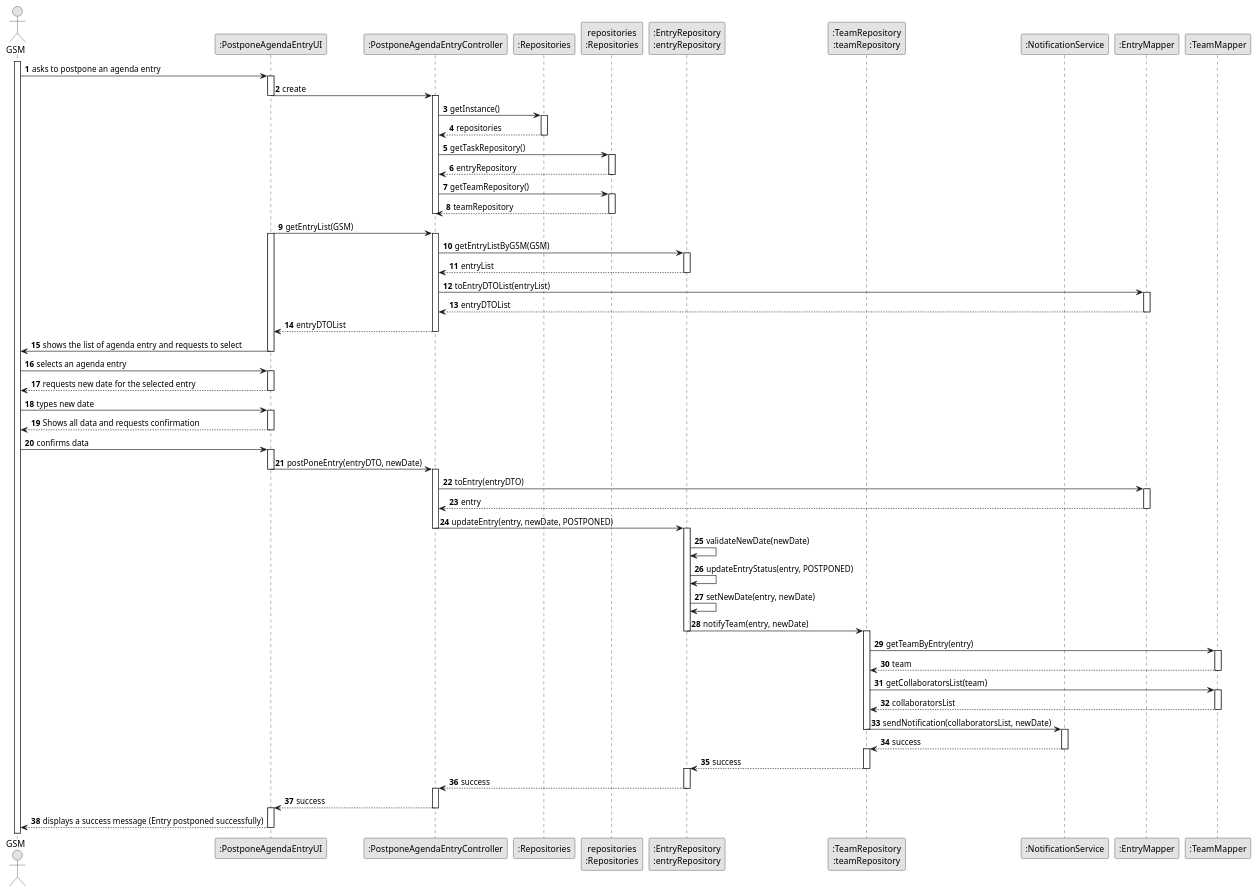
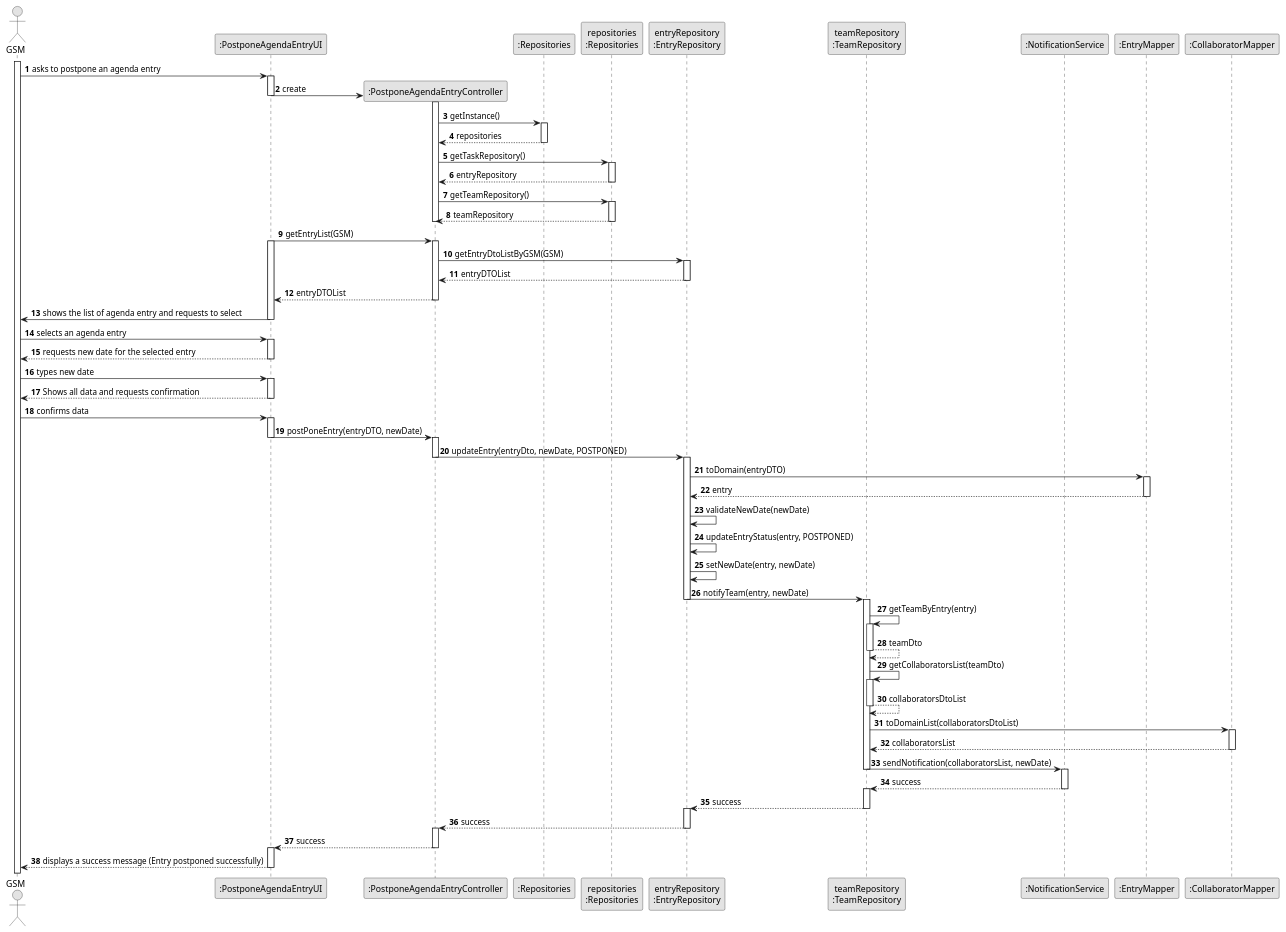
The diagram in docs/sprintC/us024/03.design/puml/us024-sequence-diagram-full.puml (ricardomm7/leaflink), drawn with PlantUML before and after one commit. The commit also changed 7 other files, not shown here.

Commit message:
Start US24 code, Change Entry domain/Dto/Repository ; Add Status and add PostponeUI/Controller

```diff
--- a/docs/sprintC/us024/03.design/puml/us024-sequence-diagram-full.puml
+++ b/docs/sprintC/us024/03.design/puml/us024-sequence-diagram-full.puml
@@ -1,146 +1,148 @@
 @startuml
 skinparam monochrome true
 skinparam packageStyle rectangle
 skinparam shadowing false
 
 autonumber
 
 actor "GSM" as GSM
 participant ":PostponeAgendaEntryUI" as UI
 participant ":PostponeAgendaEntryController" as CTRL
 participant ":Repositories" as RepositorySingleton
 participant "repositories\n:Repositories" as PLAT
-participant ":EntryRepository\n:entryRepository" as EntryRepo
-participant ":TeamRepository\n:teamRepository" as TeamRepo
+participant "entryRepository\n:EntryRepository" as EntryRepo
+participant "teamRepository\n:TeamRepository" as TeamRepo
 participant ":NotificationService" as NotificationService
 participant ":EntryMapper" as EntryMapper
-participant ":TeamMapper" as TeamMapper
+participant ":CollaboratorMapper" as CollaboratorMapper
 
 
 activate GSM
 
     GSM -> UI : asks to postpone an agenda entry
     activate UI
 
-        UI -> CTRL : create
+        UI -> CTRL **: create
         deactivate UI
         activate CTRL
 
             CTRL -> RepositorySingleton : getInstance()
             activate RepositorySingleton
 
                 RepositorySingleton --> CTRL : repositories
             deactivate RepositorySingleton
 
             CTRL -> PLAT : getTaskRepository()
             activate PLAT
 
                 PLAT --> CTRL : entryRepository
             deactivate PLAT
 
             CTRL -> PLAT : getTeamRepository()
             activate PLAT
 
             PLAT --> CTRL : teamRepository
             deactivate PLAT
              deactivate CTRL
 
         deactivate UI
 
         UI -> CTRL: getEntryList(GSM)
         activate UI
         activate CTRL
 
-            CTRL -> EntryRepo: getEntryListByGSM(GSM)
+            CTRL -> EntryRepo: getEntryDtoListByGSM(GSM)
             activate EntryRepo
 
-            EntryRepo --> CTRL: entryList
+
+            EntryRepo --> CTRL : entryDTOList
             deactivate EntryRepo
-
-            CTRL -> EntryMapper : toEntryDTOList(entryList)
-            activate EntryMapper
-
-            EntryMapper --> CTRL : entryDTOList
-            deactivate EntryMapper
 
             CTRL --> UI : entryDTOList
         deactivate CTRL
 
         UI -> GSM : shows the list of agenda entry and requests to select
     deactivate UI
 
     GSM -> UI : selects an agenda entry
     activate UI
 
         UI --> GSM : requests new date for the selected entry
     deactivate UI
 
     GSM -> UI : types new date
     activate UI
 
     UI --> GSM : Shows all data and requests confirmation
     deactivate UI
 
     GSM -> UI: confirms data
     activate UI
 
         UI -> CTRL : postPoneEntry(entryDTO, newDate)
         deactivate UI
         activate CTRL
 
-            CTRL -> EntryMapper : toEntry(entryDTO)
+
+            CTRL -> EntryRepo : updateEntry(entryDto, newDate, POSTPONED)
+            deactivate CTRL
+            activate EntryRepo
+
+            EntryRepo -> EntryMapper : toDomain(entryDTO)
             activate EntryMapper
 
-            EntryMapper --> CTRL : entry
+            EntryMapper --> EntryRepo : entry
             deactivate EntryMapper
-
-            CTRL -> EntryRepo : updateEntry(entry, newDate, POSTPONED)
-            deactivate CTRL
-            activate EntryRepo
 
                 EntryRepo -> EntryRepo : validateNewDate(newDate)
                 EntryRepo -> EntryRepo : updateEntryStatus(entry, POSTPONED)
                 EntryRepo -> EntryRepo : setNewDate(entry, newDate)
 
             EntryRepo -> TeamRepo : notifyTeam(entry, newDate)
             deactivate EntryRepo
 
                 deactivate EntryRepo
                 activate TeamRepo
 
-                    TeamRepo -> TeamMapper : getTeamByEntry(entry)
-                    activate TeamMapper
+                    TeamRepo -> TeamRepo : getTeamByEntry(entry)
+                    activate TeamRepo
 
-                    TeamMapper --> TeamRepo : team
-                    deactivate TeamMapper
+                    TeamRepo --> TeamRepo : teamDto
+                    deactivate TeamRepo
 
-                    TeamRepo -> TeamMapper : getCollaboratorsList(team)
-                    activate TeamMapper
+                    TeamRepo -> TeamRepo : getCollaboratorsList(teamDto)
+                    activate TeamRepo
 
-                    TeamMapper --> TeamRepo : collaboratorsList
-                    deactivate TeamMapper
+                    TeamRepo --> TeamRepo : collaboratorsDtoList
+                    deactivate TeamRepo
+
+                    TeamRepo -> CollaboratorMapper : toDomainList(collaboratorsDtoList)
+                    activate CollaboratorMapper
+
+                    CollaboratorMapper --> TeamRepo : collaboratorsList
+                    deactivate CollaboratorMapper
 
                     TeamRepo -> NotificationService : sendNotification(collaboratorsList, newDate)
                     deactivate TeamRepo
                     activate NotificationService
 
                         NotificationService --> TeamRepo : success
                     deactivate NotificationService
                     activate TeamRepo
 
                 TeamRepo --> EntryRepo : success
                 deactivate TeamRepo
                 activate EntryRepo
 
         EntryRepo --> CTRL : success
         deactivate EntryRepo
         activate CTRL
 
         CTRL --> UI : success
     deactivate CTRL
     activate UI
 
     UI --> GSM : displays a success message (Entry postponed successfully)
 deactivate UI
 
 @enduml
```
